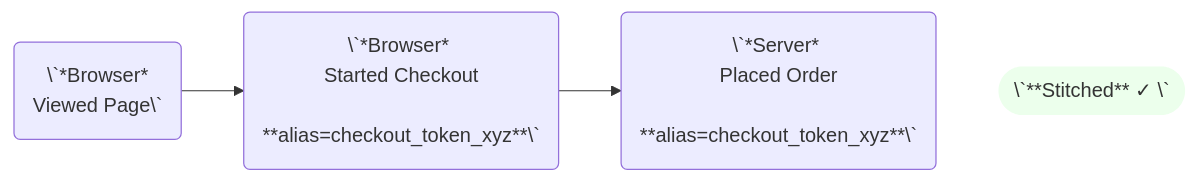
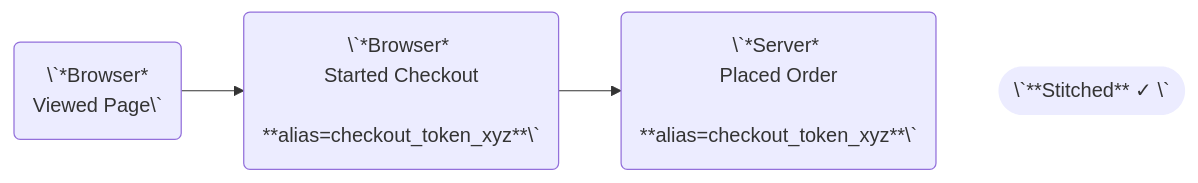
Before and after one commit to run-converge/docs-mintlify: the second of 4 diagrams in sources/concepts/aliases.mdx, drawn with Mermaid. The commit also changed other lines of this file, not shown here.

````diff
--- a/sources/concepts/aliases.mdx
+++ b/sources/concepts/aliases.mdx
@@ -32,5 +32,5 @@
 ```mermaid
 flowchart LR
   id1("\`*Browser* \n Viewed Page\`") --> id2("\`*Browser* \n Started Checkout \n **alias=checkout_token_xyz**\`") --> id3("\`*Server* \n Placed Order \n **alias=checkout_token_xyz**\`") ~~~ id4(["\`**Stitched** ✓ \`"])
-  style id4 fill:#ecffec,stroke:none
+  style id4 stroke:none
 ```
````
